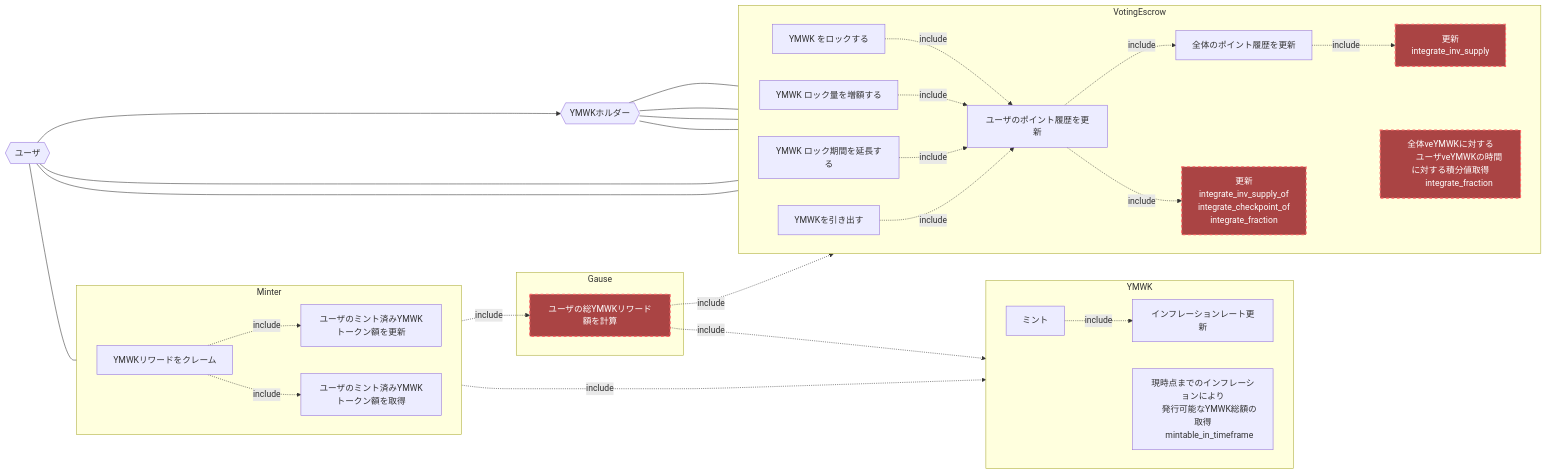
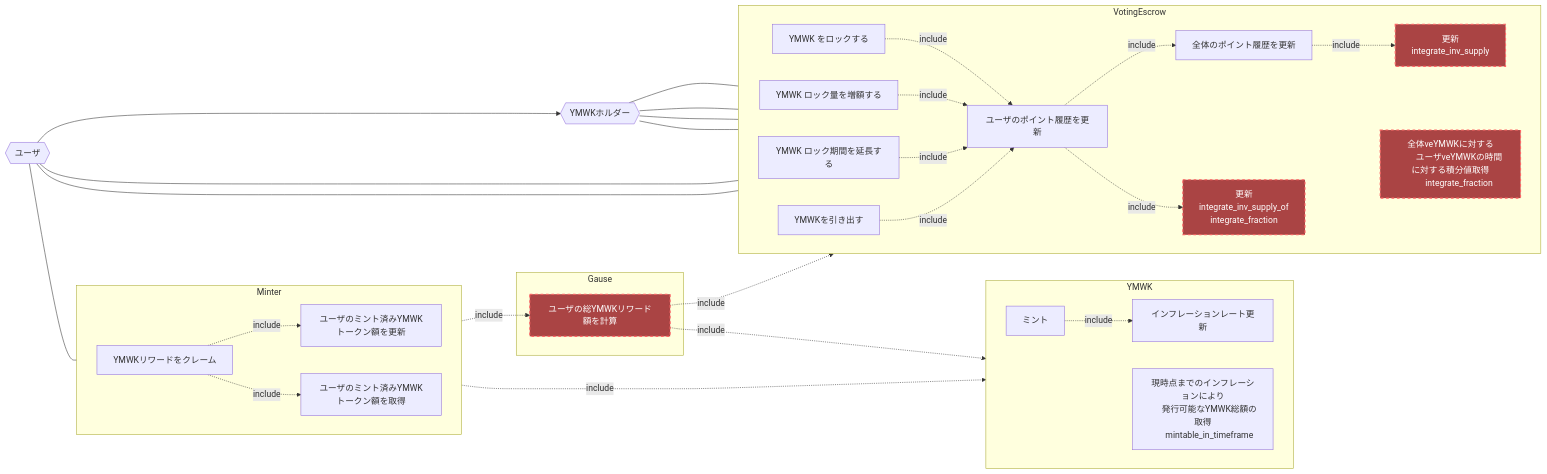
One commit to DeFiGeek-Community/yamawake changed the diagram in doc/ja/VotingEscrow/usecase.md. Above: the diagram before and after it, drawn with Mermaid.

Commit message:
Updated docs for VotingEscrow #16

```diff
--- a/doc/ja/VotingEscrow/usecase.md
+++ b/doc/ja/VotingEscrow/usecase.md
@@ -37,7 +37,6 @@
     integral_of[
         更新
         integrate_inv_supply_of
-        integrate_checkpoint_of
         integrate_fraction
     ]
     calc_reward[ユーザの総YMWKリワード額を計算]
```
